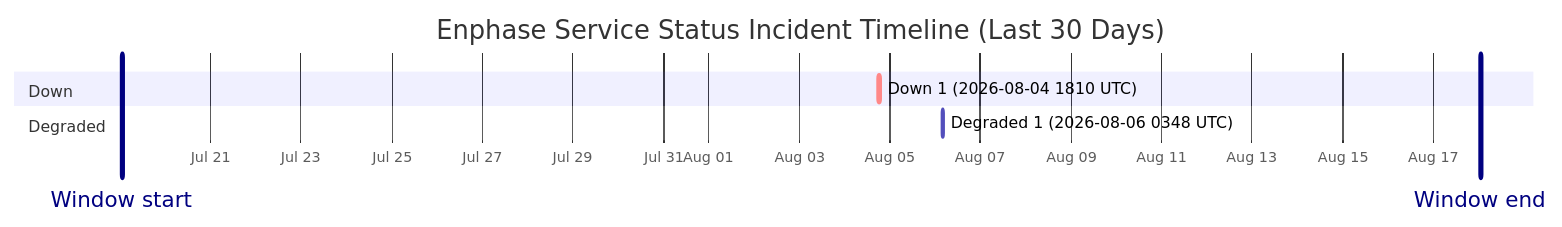
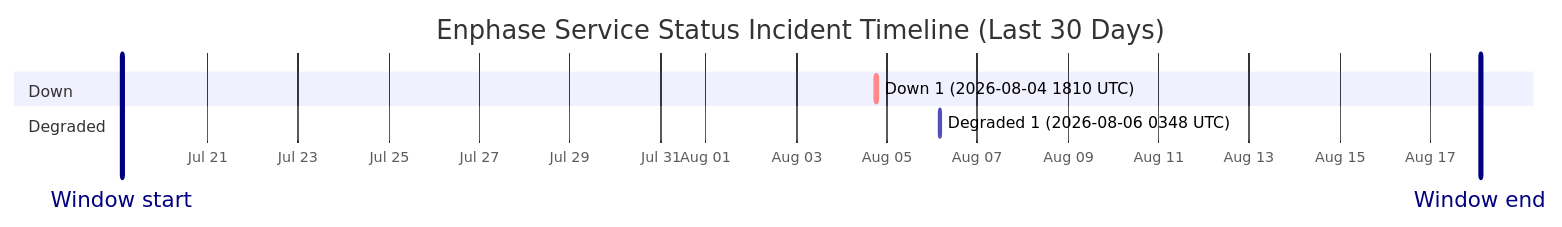
The diagram in wiki/Service-Status-History.md (barneyonline/ha-enphase-energy), drawn with Mermaid before and after one commit. The commit also changed other lines of this file and 3 other files, not shown here.

````diff
--- a/wiki/Service-Status-History.md
+++ b/wiki/Service-Status-History.md
@@ -14,12 +14,12 @@
 ```mermaid
 gantt
     title Enphase Service Status Incident Timeline (Last 30 Days)
     dateFormat  YYYY-MM-DDTHH:mm:ss
     axisFormat  %b %d
-    Window start :vert, window-start, 2026-07-19T01:06:49, 0ms
-    Window end :vert, window-end, 2026-08-18T01:06:49, 0ms
+    Window start :vert, window-start, 2026-07-19T02:34:59, 0ms
+    Window end :vert, window-end, 2026-08-18T02:34:59, 0ms
     section Down
     Down 1 (2026-08-04 1810 UTC) :crit, down-1, 2026-08-04T18:10:46, 60m
     section Degraded
     Degraded 1 (2026-08-06 0348 UTC) :active, degraded-1, 2026-08-06T03:48:14, 60m
 ```
````
